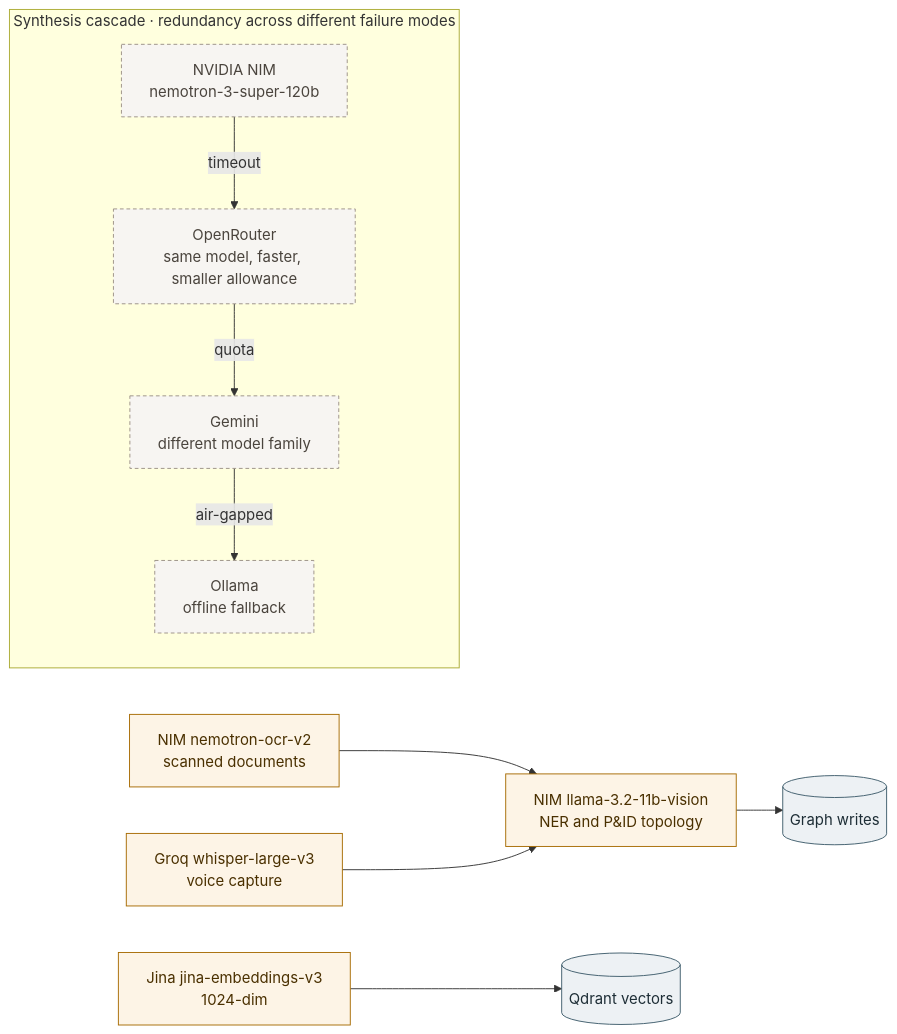
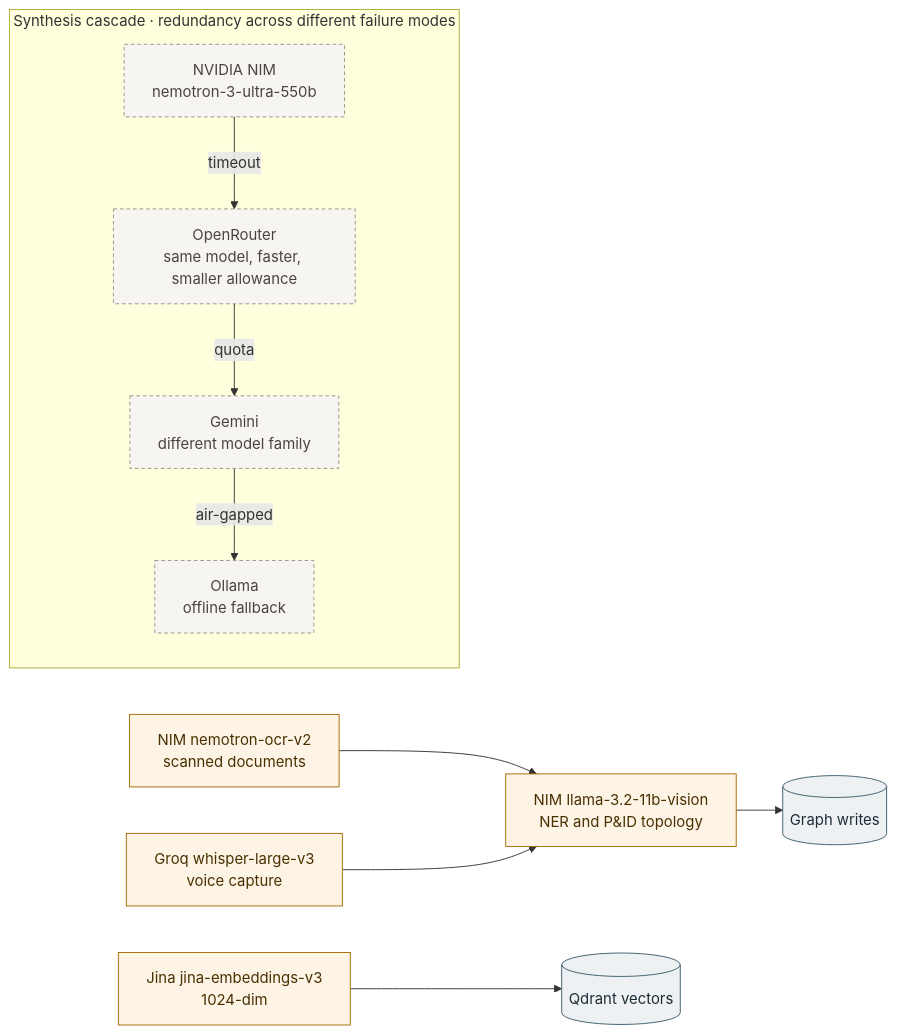
Before and after one commit to kr7shnasomani/kairos: the seventh of 7 diagrams in docs/DIAGRAMS.md, drawn with Mermaid. The commit also changed 689 other files, not shown here.

````diff
--- a/docs/DIAGRAMS.md
+++ b/docs/DIAGRAMS.md
@@ -330,30 +330,30 @@
 ```mermaid
 flowchart LR
     subgraph SYNTH["Synthesis cascade · redundancy across different failure modes"]
-        A["NVIDIA NIM<br/>nemotron-3-super-120b"]
+        A["NVIDIA NIM<br/>nemotron-3-ultra-550b"]
         B["OpenRouter<br/>same model, faster, smaller allowance"]
         C["Gemini<br/>different model family"]
         D["Ollama<br/>offline fallback"]
         A -->|timeout| B -->|quota| C -->|air-gapped| D
     end
 
     OCR["NIM nemotron-ocr-v2<br/>scanned documents"]
     NER["NIM llama-3.2-11b-vision<br/>NER and P&amp;ID topology"]
     STT["Groq whisper-large-v3<br/>voice capture"]
     EMB["Jina jina-embeddings-v3<br/>1024-dim"]
 
     GRAPHW[("Graph writes")]
     VEC[("Qdrant vectors")]
 
     OCR --> NER
     STT --> NER
     NER --> GRAPHW
     EMB --> VEC
 
     classDef ext fill:#f7f5f2,stroke:#9a9086,color:#4a443d,stroke-dasharray:4 3
     classDef think fill:#fdf4e6,stroke:#a66a00,color:#4a3000
     classDef store fill:#edf1f4,stroke:#3e5c6b,color:#1e2e36
     class A,B,C,D ext
     class OCR,NER,STT,EMB think
     class GRAPHW,VEC store
 ```
````
